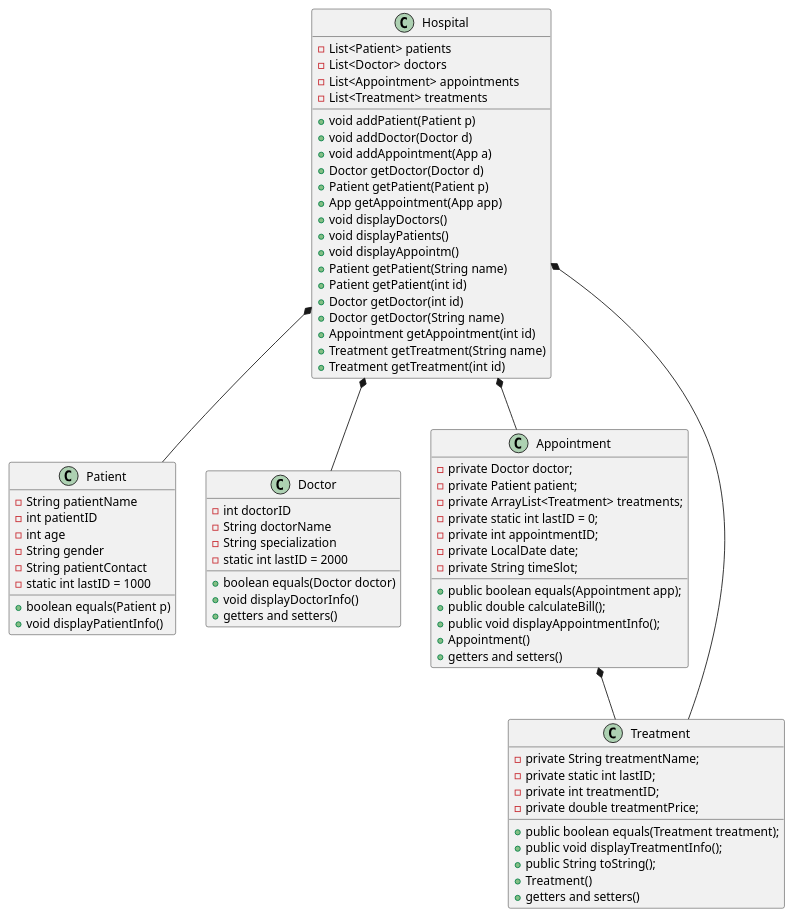
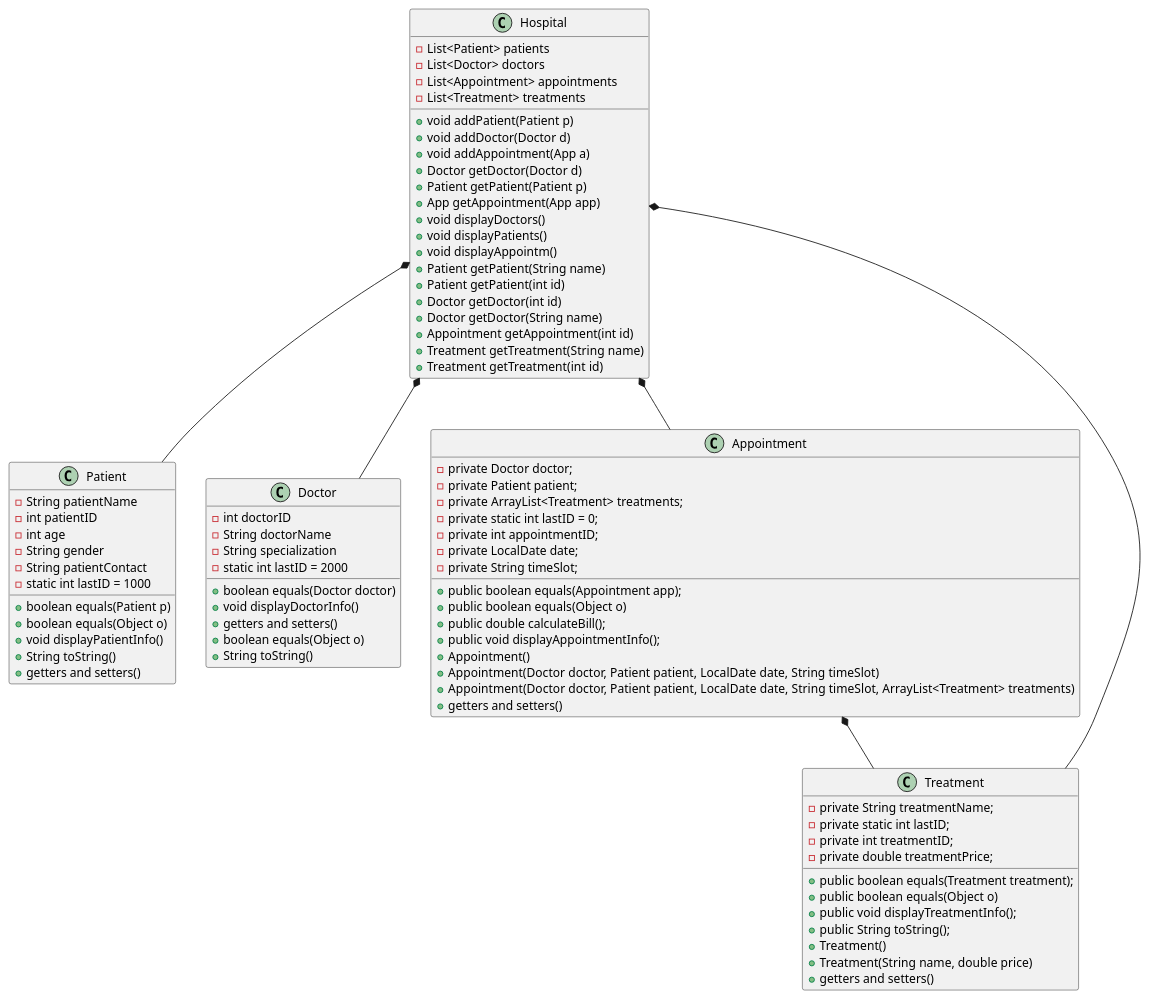
One commit to StudentsOnly/43-java-recap-project1-teamBr1 changed the diagram in Diagram.puml. Above: the diagram before and after it, drawn with PlantUML.

```diff
--- a/Diagram.puml
+++ b/Diagram.puml
@@ -1,81 +1,92 @@
 @startuml
 
 class Hospital {
     - List<Patient> patients
     - List<Doctor> doctors
     - List<Appointment> appointments
     - List<Treatment> treatments
     + void addPatient(Patient p)
     + void addDoctor(Doctor d)
     + void addAppointment(App a)
     + Doctor getDoctor(Doctor d)
     + Patient getPatient(Patient p)
     + App getAppointment(App app)
     + void displayDoctors()
     + void displayPatients()
     + void displayAppointm()
     + Patient getPatient(String name)
     + Patient getPatient(int id)
     + Doctor getDoctor(int id)
     + Doctor getDoctor(String name)
     + Appointment getAppointment(int id)
     + Treatment getTreatment(String name)
     + Treatment getTreatment(int id)
 }
 
 class Patient {
     - String patientName
     - int patientID
     - int age
     - String gender
     - String patientContact
     - static int lastID = 1000
     + boolean equals(Patient p)
+    + boolean equals(Object o)
     + void displayPatientInfo()
+    + String toString()
+    + getters and setters()
+
 }
 
 class Doctor {
     - int doctorID
     - String doctorName
     - String specialization
     - static int lastID = 2000
     + boolean equals(Doctor doctor)
     + void displayDoctorInfo()
     + getters and setters()
+    + boolean equals(Object o)
+    + String toString()
 
 }
 
 class Appointment {
     - private Doctor doctor;
     - private Patient patient;
     - private ArrayList<Treatment> treatments;
     - private static int lastID = 0;
     - private int appointmentID;
     - private LocalDate date;
     - private String timeSlot;
     + public boolean equals(Appointment app);
+    + public boolean equals(Object o)
     + public double calculateBill();
     + public void displayAppointmentInfo();
     + Appointment()
+    + Appointment(Doctor doctor, Patient patient, LocalDate date, String timeSlot)
+    + Appointment(Doctor doctor, Patient patient, LocalDate date, String timeSlot, ArrayList<Treatment> treatments)
     + getters and setters()
 }
 
 class Treatment {
     - private String treatmentName;
     - private static int lastID;
     - private int treatmentID;
     - private double treatmentPrice;
     + public boolean equals(Treatment treatment);
+    + public boolean equals(Object o)
     + public void displayTreatmentInfo();
     + public String toString();
     + Treatment()
+    + Treatment(String name, double price)
     + getters and setters()
 }
 
 Hospital *-- Patient
 Hospital *-- Doctor
 Hospital *-- Appointment
 Hospital *-- Treatment
 Appointment *-- Treatment
 
 @enduml
```
